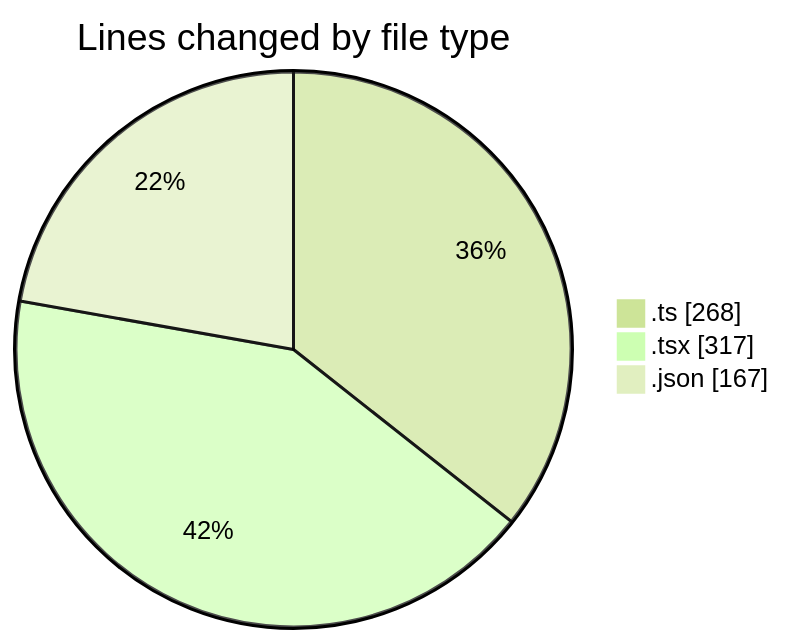
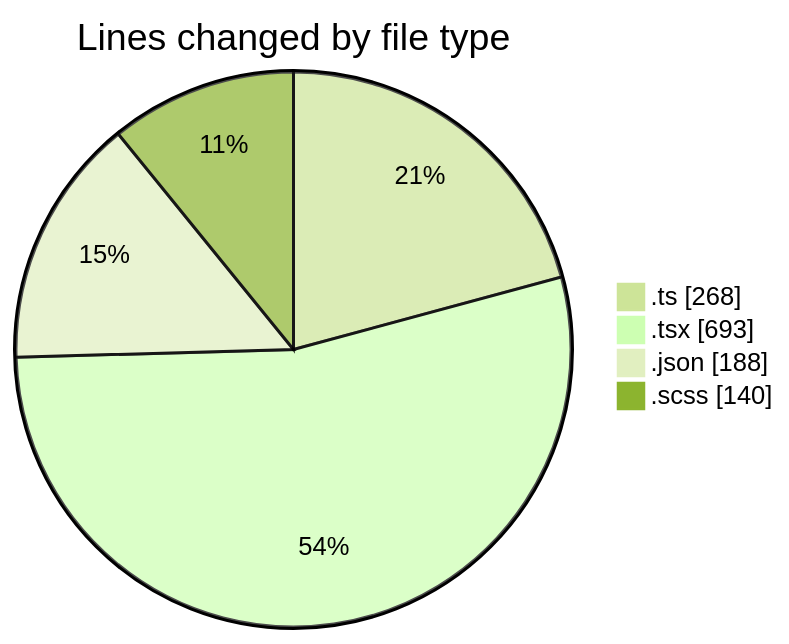
One commit to momahboobian/code-tracking changed the first of 2 diagrams in 2026-05-07/cda/README.md. Above: the diagram before and after it, drawn with Mermaid (forest theme). The commit also changed other lines of this file and 1 other file, not shown here.

````diff
--- a/2026-05-07/cda/README.md
+++ b/2026-05-07/cda/README.md
@@ -29,7 +31,8 @@
 ```mermaid
 pie showData
 title Lines changed by file type
 ".ts" : 268
-".tsx" : 317
-".json" : 167
+".tsx" : 693
+".json" : 188
+".scss" : 140
 ```
````
